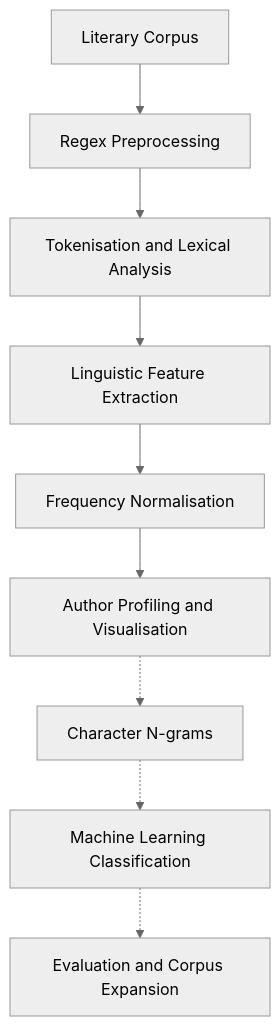
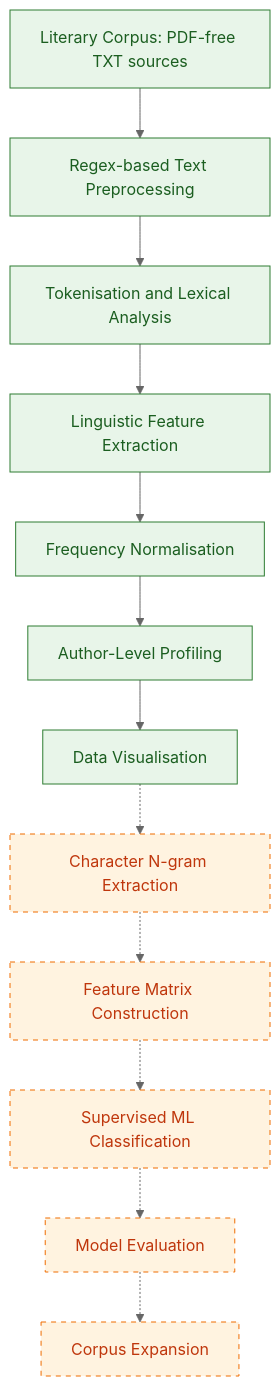
The diagram in README.md (Mo-ashaqr/style-fingerprint), drawn with Mermaid (neutral theme) before and after one commit. The commit also changed other lines of this file and 3 other files, not shown here.

Commit message:
Add project documentation, stylometric analysis and visualisation results

````diff
--- a/README.md
+++ b/README.md
@@ -47,11 +190,28 @@
 ```mermaid
 flowchart TD
-    A[Literary Corpus] --> B[Regex Preprocessing]
-    B --> C[Tokenisation and Lexical Analysis]
-    C --> D[Linguistic Feature Extraction]
-    D --> E[Frequency Normalisation]
-    E --> F[Author Profiling and Visualisation]
-    F -.-> G[Character N-grams]
-    G -.-> H[Machine Learning Classification]
-    H -.-> I[Evaluation and Corpus Expansion]
+    A["Literary Corpus: PDF-free TXT sources"]
+    B["Regex-based Text Preprocessing"]
+    C["Tokenisation and Lexical Analysis"]
+    D["Linguistic Feature Extraction"]
+    E["Frequency Normalisation"]
+    F["Author-Level Profiling"]
+    G["Data Visualisation"]
+    H["Character N-gram Extraction"]
+    I["Feature Matrix Construction"]
+    J["Supervised ML Classification"]
+    K["Model Evaluation"]
+    L["Corpus Expansion"]
+
+    A --> B --> C --> D --> E --> F --> G
+    G -.-> H
+    H -.-> I
+    I -.-> J
+    J -.-> K
+    K -.-> L
+
+    classDef implemented fill:#E8F5E9,stroke:#2E7D32,color:#1B5E20
+    classDef planned fill:#FFF3E0,stroke:#EF6C00,color:#BF360C,stroke-dasharray:5 5
+
+    class A,B,C,D,E,F,G implemented
+    class H,I,J,K,L planned
 ```
````
